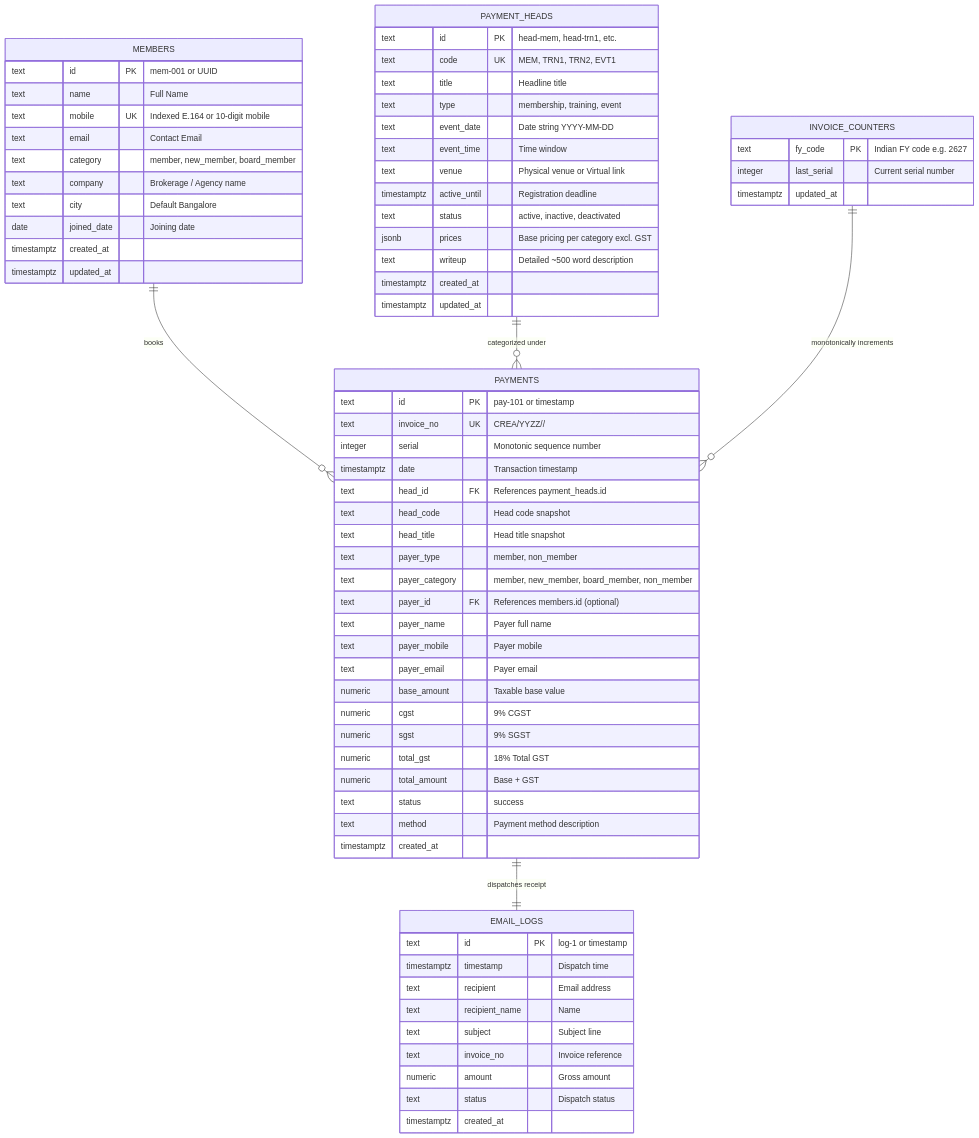
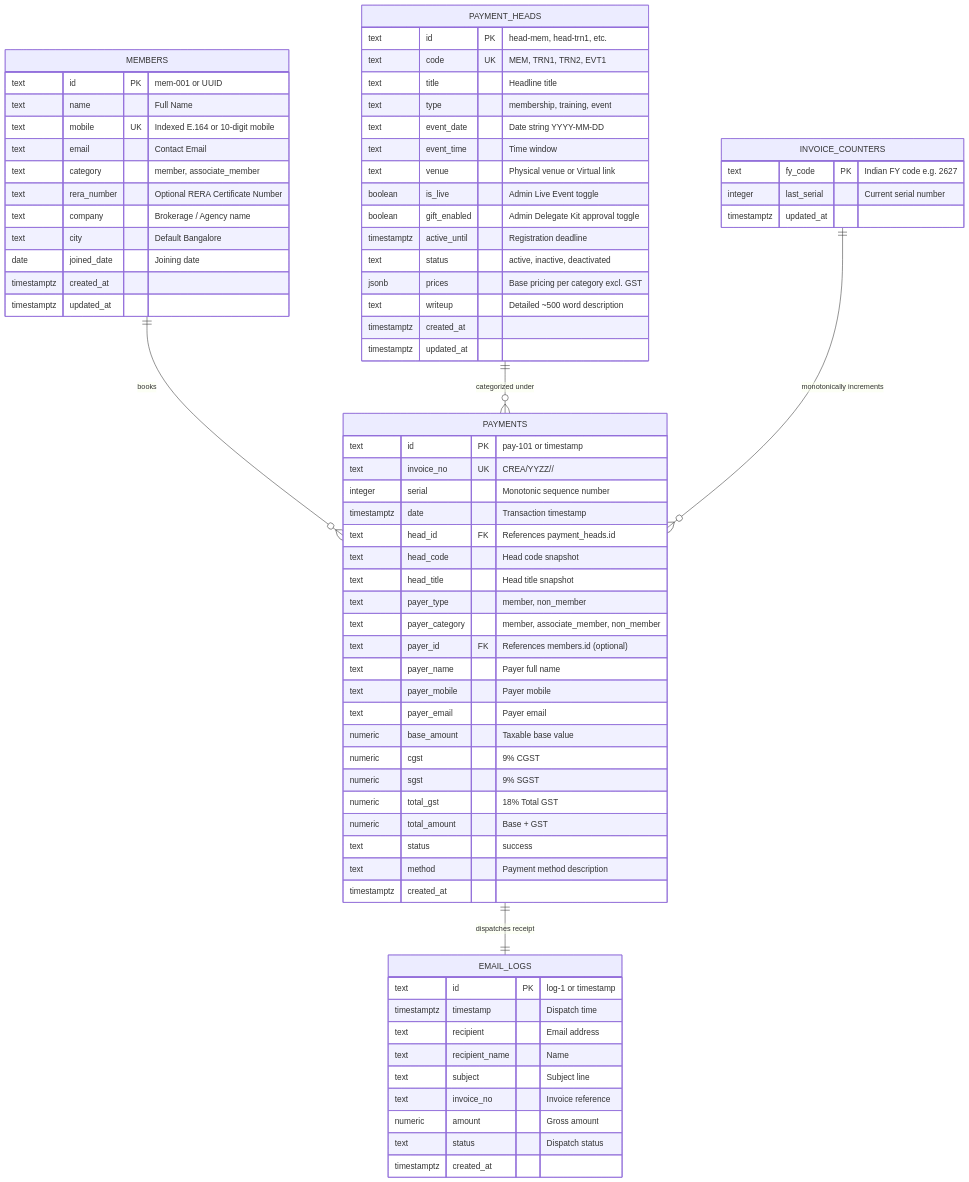
Before and after one commit to jatinprop/creapayments: the diagram in docs/database.md, drawn with Mermaid. The commit also changed 11 other files, not shown here.

Commit message:
Add gift approval toggle, simplify membership to 3 categories, and add optional RERA number

````diff
--- a/docs/database.md
+++ b/docs/database.md
@@ -10,78 +10,81 @@
 ```mermaid
 erDiagram
     MEMBERS ||--o{ PAYMENTS : "books"
     PAYMENT_HEADS ||--o{ PAYMENTS : "categorized under"
     PAYMENTS ||--|| EMAIL_LOGS : "dispatches receipt"
     INVOICE_COUNTERS ||--o{ PAYMENTS : "monotonically increments"
 
     MEMBERS {
         text id PK "mem-001 or UUID"
         text name "Full Name"
         text mobile UK "Indexed E.164 or 10-digit mobile"
         text email "Contact Email"
-        text category "member, new_member, board_member"
+        text category "member, associate_member"
+        text rera_number "Optional RERA Certificate Number"
         text company "Brokerage / Agency name"
         text city "Default Bangalore"
         date joined_date "Joining date"
         timestamptz created_at
         timestamptz updated_at
     }
 
     PAYMENT_HEADS {
         text id PK "head-mem, head-trn1, etc."
         text code UK "MEM, TRN1, TRN2, EVT1"
         text title "Headline title"
         text type "membership, training, event"
         text event_date "Date string YYYY-MM-DD"
         text event_time "Time window"
         text venue "Physical venue or Virtual link"
+        boolean is_live "Admin Live Event toggle"
+        boolean gift_enabled "Admin Delegate Kit approval toggle"
         timestamptz active_until "Registration deadline"
         text status "active, inactive, deactivated"
         jsonb prices "Base pricing per category excl. GST"
         text writeup "Detailed ~500 word description"
         timestamptz created_at
         timestamptz updated_at
     }
 
     PAYMENTS {
         text id PK "pay-101 or timestamp"
         text invoice_no UK "CREA/YYZZ/<HEAD>/<SERIAL>"
         integer serial "Monotonic sequence number"
         timestamptz date "Transaction timestamp"
         text head_id FK "References payment_heads.id"
         text head_code "Head code snapshot"
         text head_title "Head title snapshot"
         text payer_type "member, non_member"
-        text payer_category "member, new_member, board_member, non_member"
+        text payer_category "member, associate_member, non_member"
         text payer_id FK "References members.id (optional)"
         text payer_name "Payer full name"
         text payer_mobile "Payer mobile"
         text payer_email "Payer email"
         numeric base_amount "Taxable base value"
         numeric cgst "9% CGST"
         numeric sgst "9% SGST"
         numeric total_gst "18% Total GST"
         numeric total_amount "Base + GST"
         text status "success"
         text method "Payment method description"
         timestamptz created_at
     }
 
     EMAIL_LOGS {
         text id PK "log-1 or timestamp"
         timestamptz timestamp "Dispatch time"
         text recipient "Email address"
         text recipient_name "Name"
         text subject "Subject line"
         text invoice_no "Invoice reference"
         numeric amount "Gross amount"
         text status "Dispatch status"
         timestamptz created_at
     }
 
     INVOICE_COUNTERS {
         text fy_code PK "Indian FY code e.g. 2627"
         integer last_serial "Current serial number"
         timestamptz updated_at
     }
 ```
````
